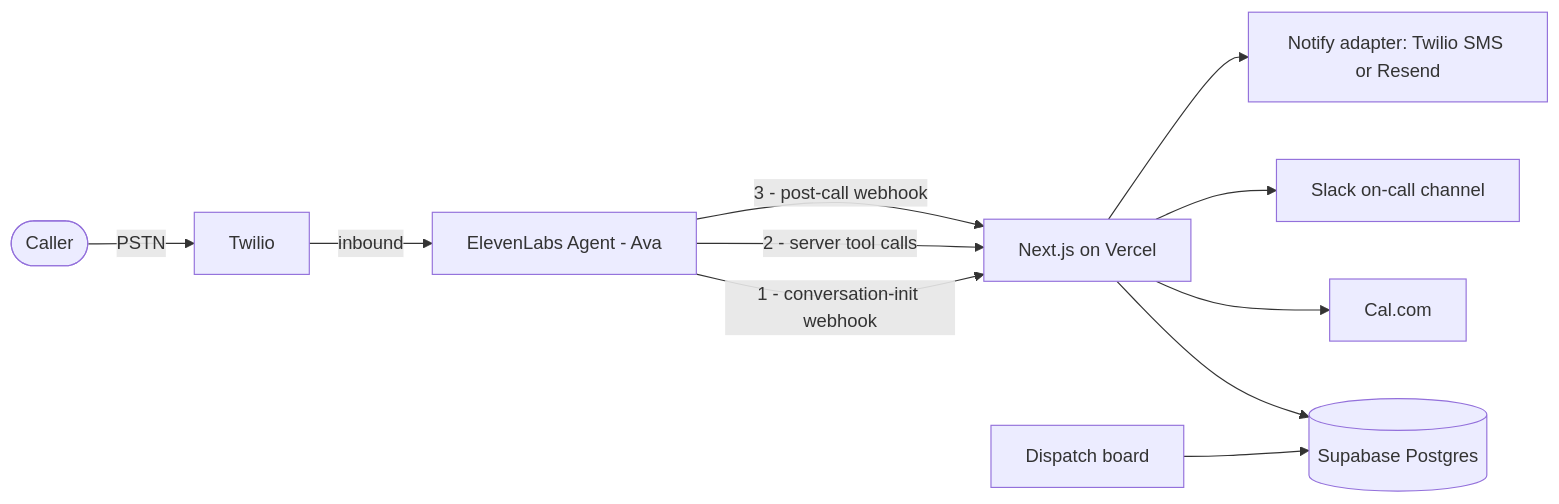
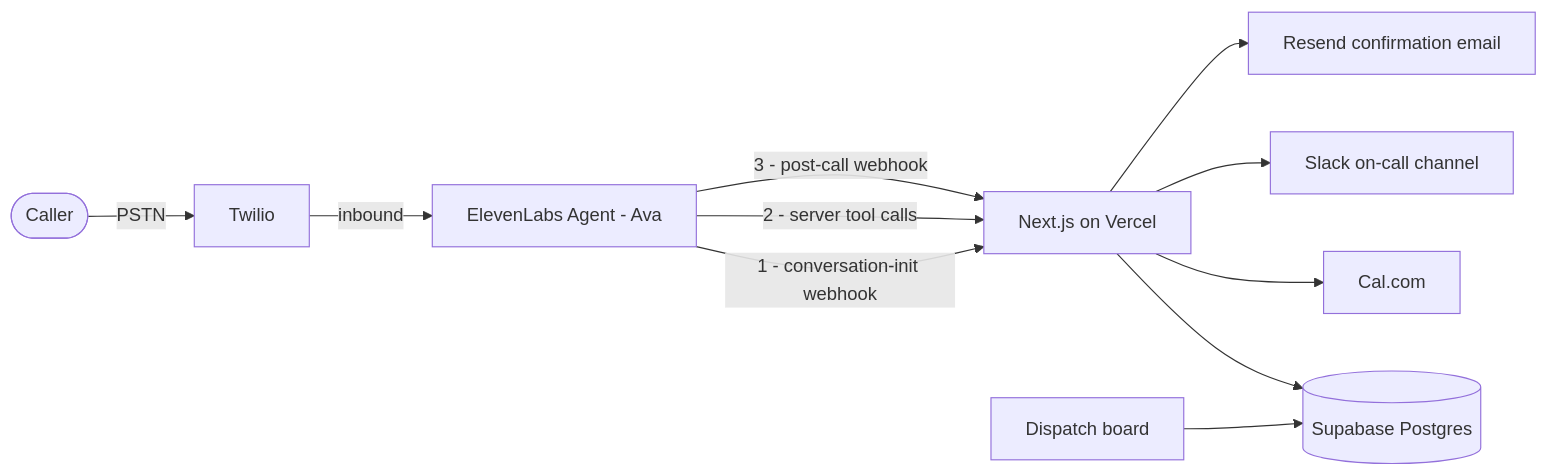
The diagram in docs/superpowers/specs/2026-08-25-northwind-dispatch-agent-design.md (dljx/northwind-dispatch-agent), drawn with Mermaid before and after one commit. The commit also changed other lines of this file, not shown here.

````diff
--- a/docs/superpowers/specs/2026-08-25-northwind-dispatch-agent-design.md
+++ b/docs/superpowers/specs/2026-08-25-northwind-dispatch-agent-design.md
@@ -29,13 +29,13 @@
 ```mermaid
 flowchart LR
   Caller([Caller]) -->|PSTN| Twilio
   Twilio -->|inbound| EL[ElevenLabs Agent - Ava]
   EL -->|1 - conversation-init webhook| API
   EL -->|2 - server tool calls| API
   EL -->|3 - post-call webhook| API
   API[Next.js on Vercel] --> DB[(Supabase Postgres)]
   API --> Cal[Cal.com]
   API --> Slack[Slack on-call channel]
-  API --> Notify[Notify adapter: Twilio SMS or Resend]
+  API --> Email[Resend confirmation email]
   Board[Dispatch board] --> DB
 ```
````
